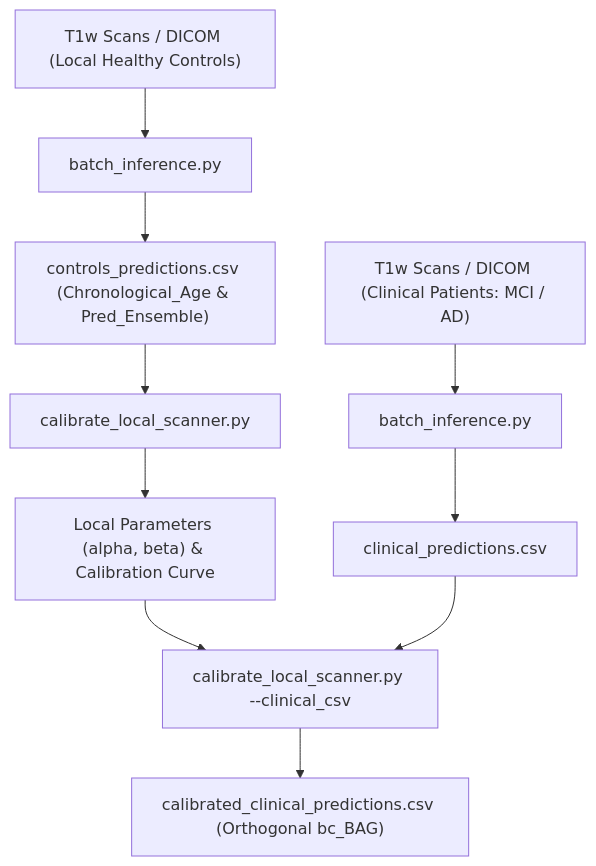
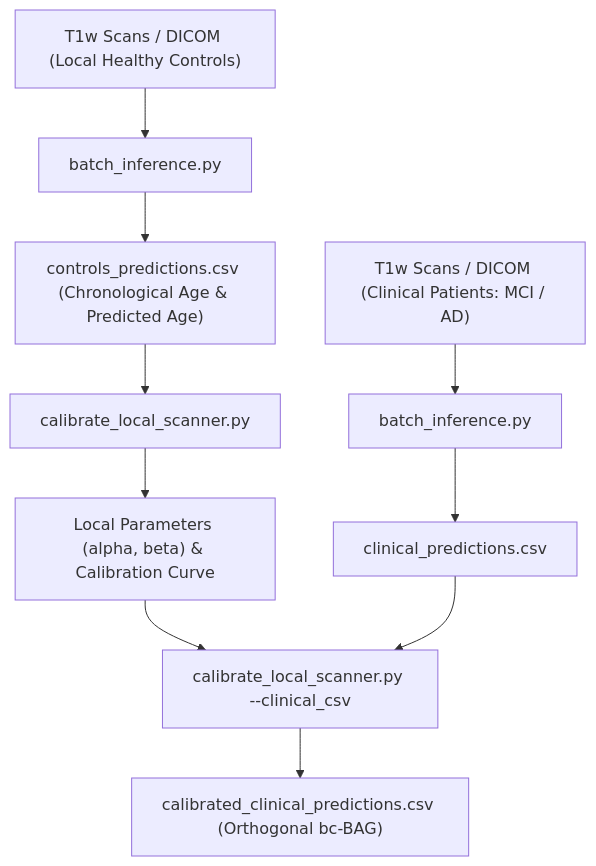
Before and after one commit to nicolasfuents/brain-age-pred-InHouse-model: the diagram in HOWTO_CALIBRATION.md, drawn with Mermaid. The commit also changed other lines of this file and 4 other files, not shown here.

````diff
--- a/HOWTO_CALIBRATION.md
+++ b/HOWTO_CALIBRATION.md
@@ -11,12 +11,12 @@
 ```mermaid
 graph TD
     A["T1w Scans / DICOM (Local Healthy Controls)"] --> B["batch_inference.py"]
-    B --> C["controls_predictions.csv (Chronological_Age & Pred_Ensemble)"]
+    B --> C["controls_predictions.csv (Chronological Age & Predicted Age)"]
     C --> D["calibrate_local_scanner.py"]
     D --> E["Local Parameters (alpha, beta) & Calibration Curve"]
     F["T1w Scans / DICOM (Clinical Patients: MCI / AD)"] --> G["batch_inference.py"]
     G --> H["clinical_predictions.csv"]
     E --> I["calibrate_local_scanner.py --clinical_csv"]
     H --> I
-    I --> J["calibrated_clinical_predictions.csv (Orthogonal bc_BAG)"]
+    I --> J["calibrated_clinical_predictions.csv (Orthogonal bc-BAG)"]
 ```
````
